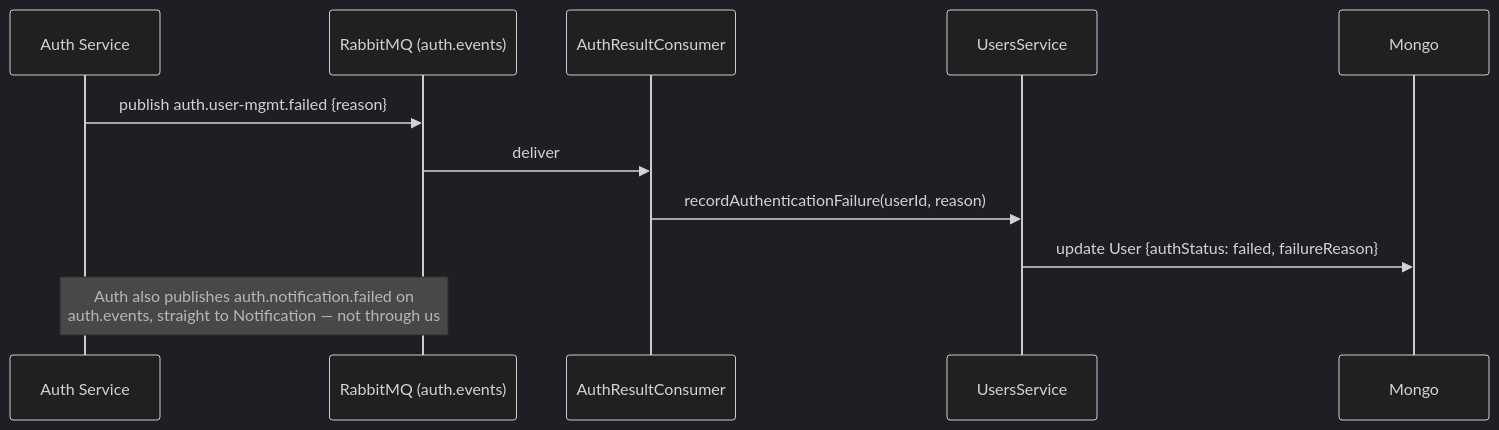
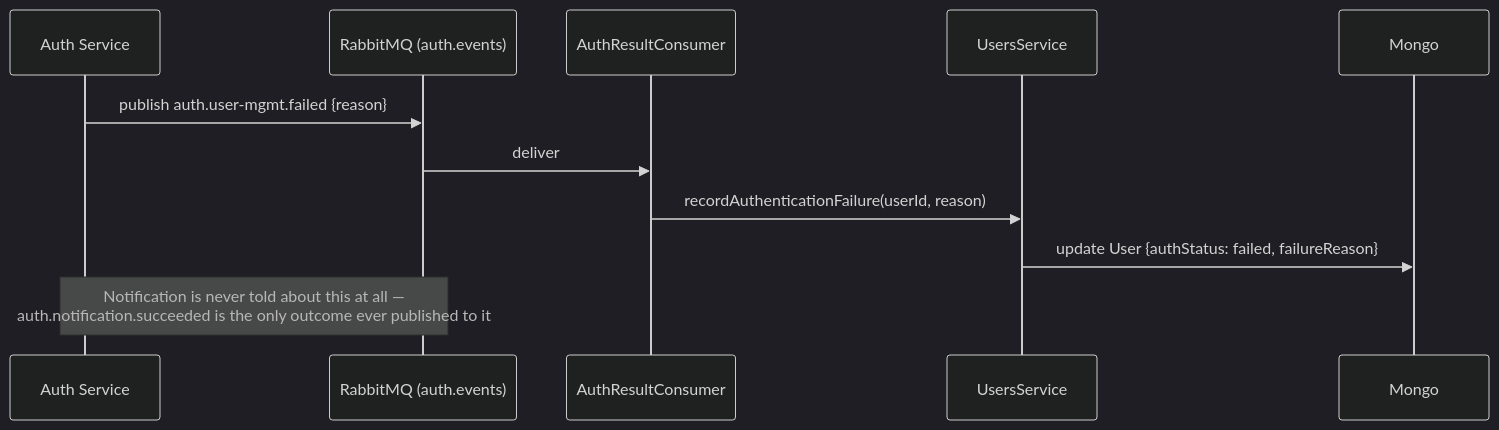
The fifth of 9 diagrams in apps/user-management/docs/DOCUMENTATION.md (NanduHasaranga/uom-mis-backend), drawn with Mermaid (dark theme) before and after one commit. The commit also changed other lines of this file and 6 other files, not shown here.

Commit message:
update notification success flow

````diff
--- a/apps/user-management/docs/DOCUMENTATION.md
+++ b/apps/user-management/docs/DOCUMENTATION.md
@@ -268,14 +268,14 @@
 ```mermaid
 sequenceDiagram
     participant AuthSvc as Auth Service
     participant EvEx as RabbitMQ (auth.events)
     participant Consumer as AuthResultConsumer
     participant Svc as UsersService
     participant Mongo
 
     AuthSvc->>EvEx: publish auth.user-mgmt.failed {reason}
     EvEx->>Consumer: deliver
     Consumer->>Svc: recordAuthenticationFailure(userId, reason)
     Svc->>Mongo: update User {authStatus: failed, failureReason}
-    Note over AuthSvc,EvEx: Auth also publishes auth.notification.failed on<br/>auth.events, straight to Notification — not through us
+    Note over AuthSvc,EvEx: Notification is never told about this at all —<br/>auth.notification.succeeded is the only outcome ever published to it
 ```
````
